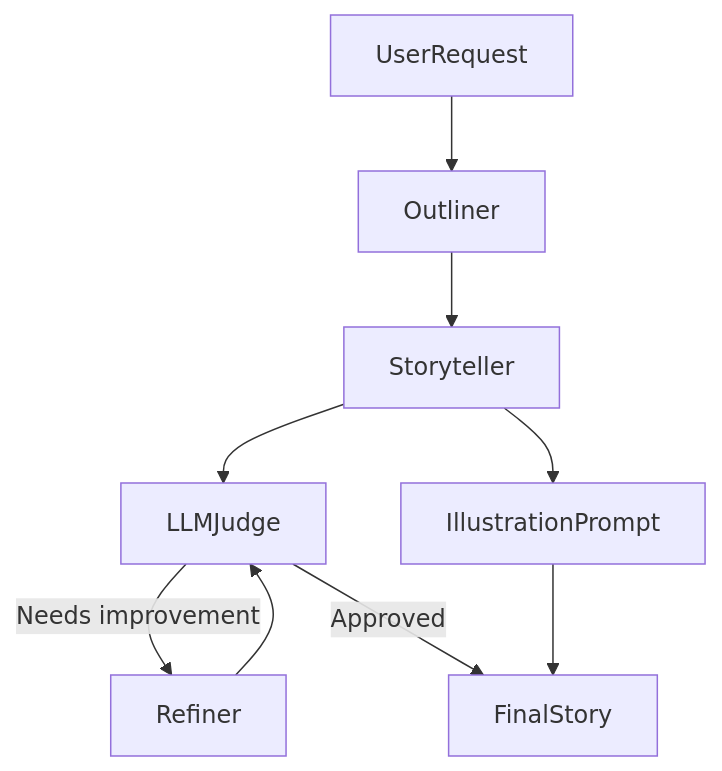
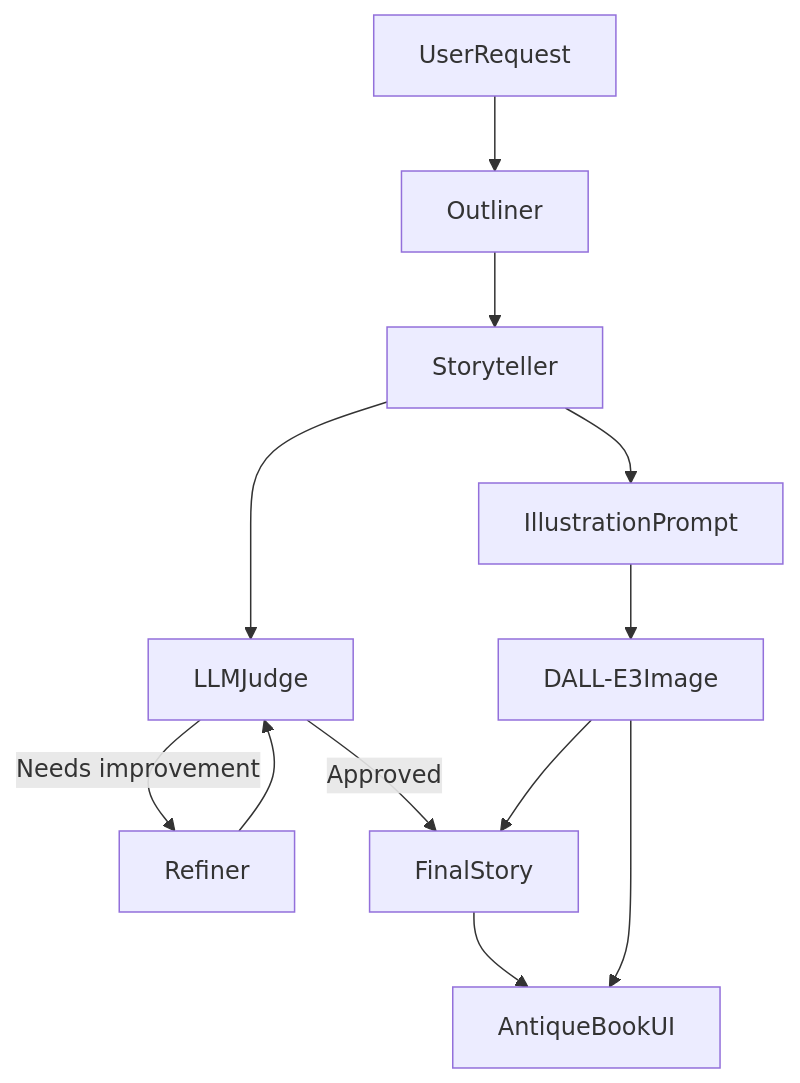
Before and after one commit to ziyiw23/Hippocratic-AI-Coding-Assignment: the diagram in README.md, drawn with Mermaid. The commit also changed other lines of this file and 6 other files, not shown here.

````diff
--- a/README.md
+++ b/README.md
@@ -65,11 +65,14 @@
 ```mermaid
 graph TD
     user[UserRequest] --> outliner[Outliner]
     outliner --> writer[Storyteller]
     writer --> judge[LLMJudge]
     judge -- "Needs improvement" --> refiner[Refiner]
     refiner --> judge
     judge -- "Approved" --> output[FinalStory]
     writer --> illustrator[IllustrationPrompt]
-    illustrator --> output
+    illustrator --> imagegen[DALL-E3Image]
+    imagegen --> output
+    output --> bookUI[AntiqueBookUI]
+    imagegen --> bookUI
 ```
````
